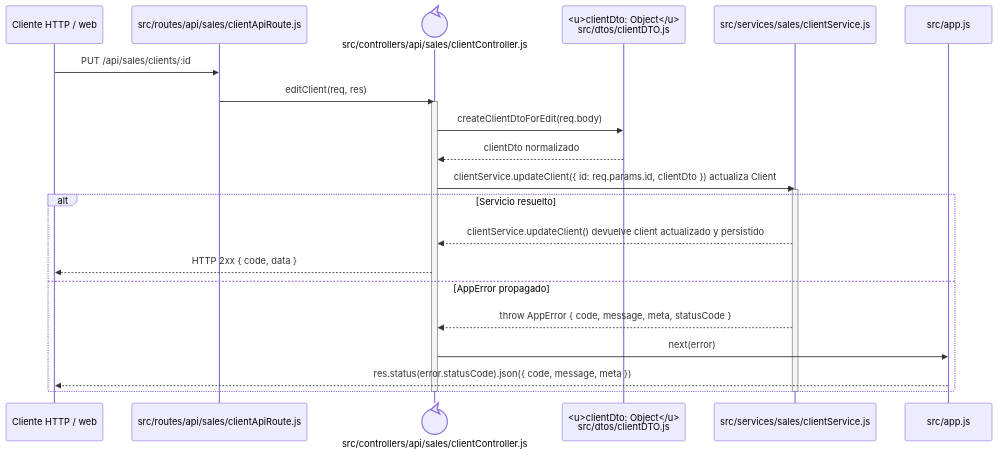
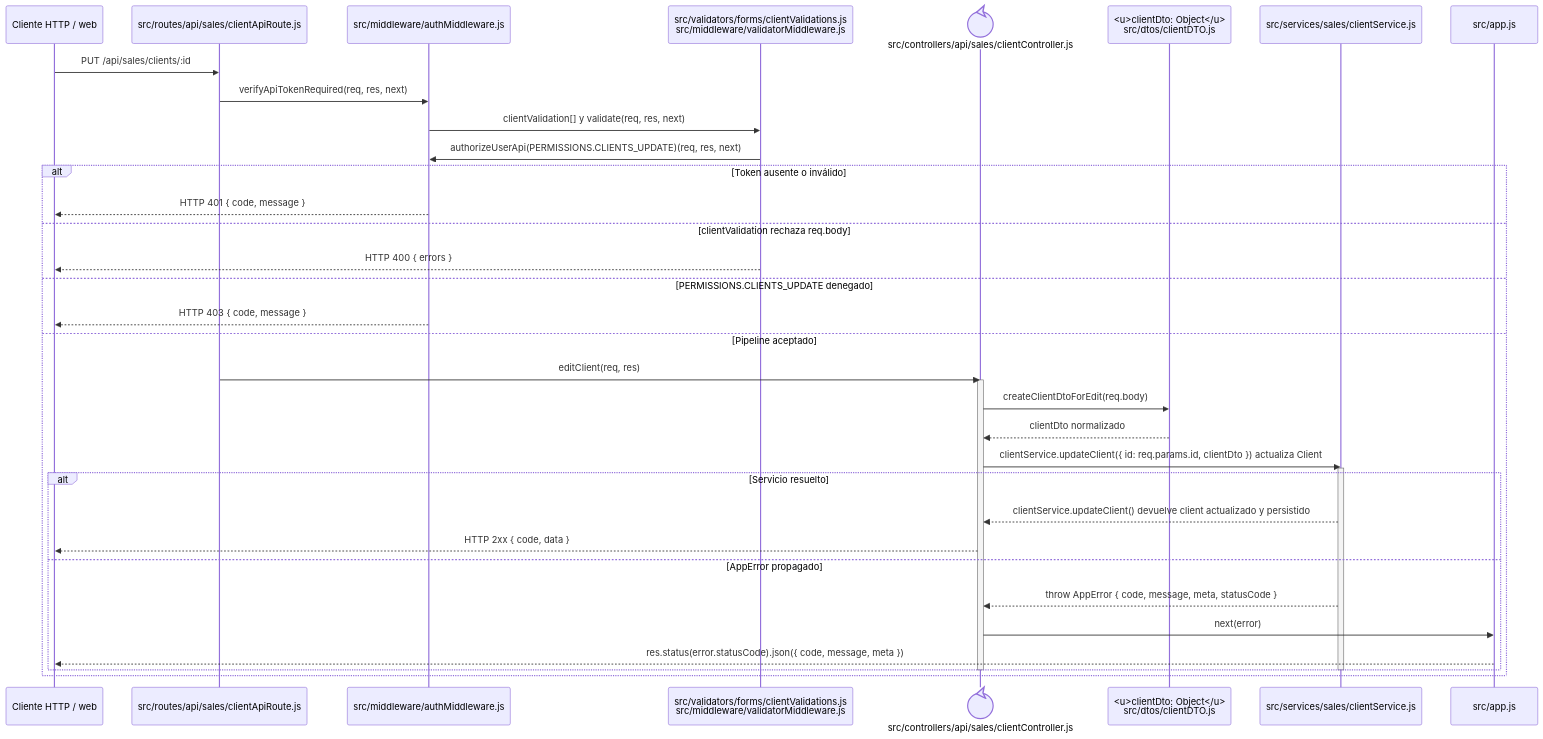
The diagram in docs/architecture/backend-code-sequences/catalogs/cu-cat-07.md (gpgsistemas01/nexus), drawn with Mermaid before and after one commit. The commit also changed other lines of this file and 105 other files, not shown here.

````diff
--- a/docs/architecture/backend-code-sequences/catalogs/cu-cat-07.md
+++ b/docs/architecture/backend-code-sequences/catalogs/cu-cat-07.md
@@ -6,27 +6,40 @@
 ```mermaid
 sequenceDiagram
     participant Client as Cliente HTTP / web
     participant Route as src/routes/api/sales/clientApiRoute.js
+    participant Auth as src/middleware/authMiddleware.js
+    participant Validator as src/validators/forms/clientValidations.js<br/>src/middleware/validatorMiddleware.js
     participant Controller@{ "type": "control" } as src/controllers/api/sales/clientController.js
     participant ClientDto as <u>clientDto: Object</u><br/>src/dtos/clientDTO.js
     participant Domain as src/services/sales/clientService.js
     participant ErrorHandler as src/app.js
 
     Client->>Route: PUT /api/sales/clients/:id
-    Route->>Controller: editClient(req, res)
-    activate Controller
-    Controller->>ClientDto: createClientDtoForEdit(req.body)
-    ClientDto-->>Controller: clientDto normalizado
-    Controller->>Domain: clientService.updateClient({ id: req.params.id, clientDto }) actualiza Client
-    activate Domain
-    alt Servicio resuelto
-        Domain-->>Controller: clientService.updateClient() devuelve client actualizado y persistido
-        Controller-->>Client: HTTP 2xx { code, data }
-    else AppError propagado
-        Domain-->>Controller: throw AppError { code, message, meta, statusCode }
-        Controller->>ErrorHandler: next(error)
-        ErrorHandler-->>Client: res.status(error.statusCode).json({ code, message, meta })
+    Route->>Auth: verifyApiTokenRequired(req, res, next)
+    Auth->>Validator: clientValidation[] y validate(req, res, next)
+    Validator->>Auth: authorizeUserApi(PERMISSIONS.CLIENTS_UPDATE)(req, res, next)
+    alt Token ausente o inválido
+        Auth-->>Client: HTTP 401 { code, message }
+    else clientValidation rechaza req.body
+        Validator-->>Client: HTTP 400 { errors }
+    else PERMISSIONS.CLIENTS_UPDATE denegado
+        Auth-->>Client: HTTP 403 { code, message }
+    else Pipeline aceptado
+        Route->>Controller: editClient(req, res)
+        activate Controller
+        Controller->>ClientDto: createClientDtoForEdit(req.body)
+        ClientDto-->>Controller: clientDto normalizado
+        Controller->>Domain: clientService.updateClient({ id: req.params.id, clientDto }) actualiza Client
+        activate Domain
+        alt Servicio resuelto
+            Domain-->>Controller: clientService.updateClient() devuelve client actualizado y persistido
+            Controller-->>Client: HTTP 2xx { code, data }
+        else AppError propagado
+            Domain-->>Controller: throw AppError { code, message, meta, statusCode }
+            Controller->>ErrorHandler: next(error)
+            ErrorHandler-->>Client: res.status(error.statusCode).json({ code, message, meta })
+        end
+        deactivate Domain
+        deactivate Controller
     end
-    deactivate Domain
-    deactivate Controller
 ```
````
